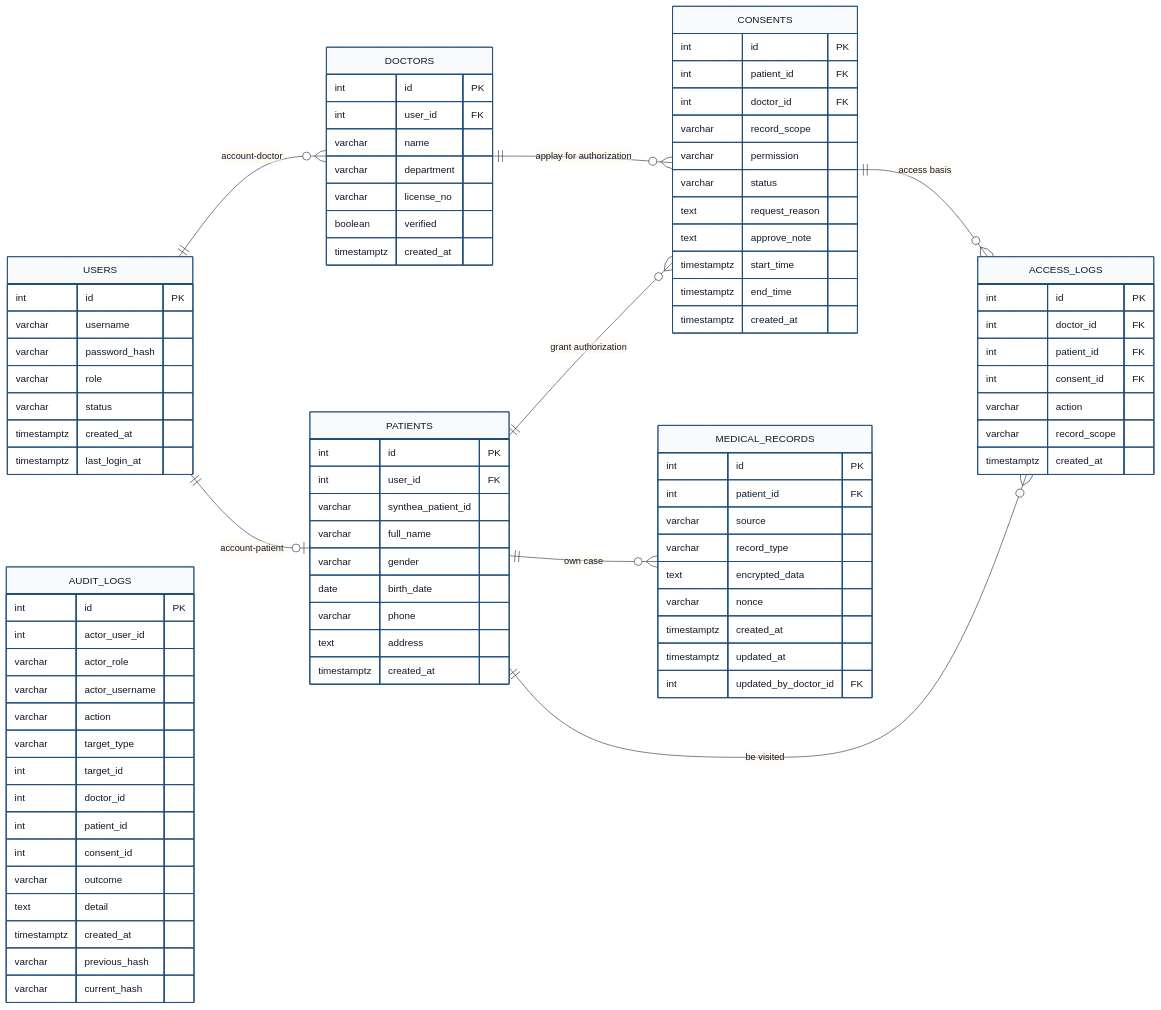
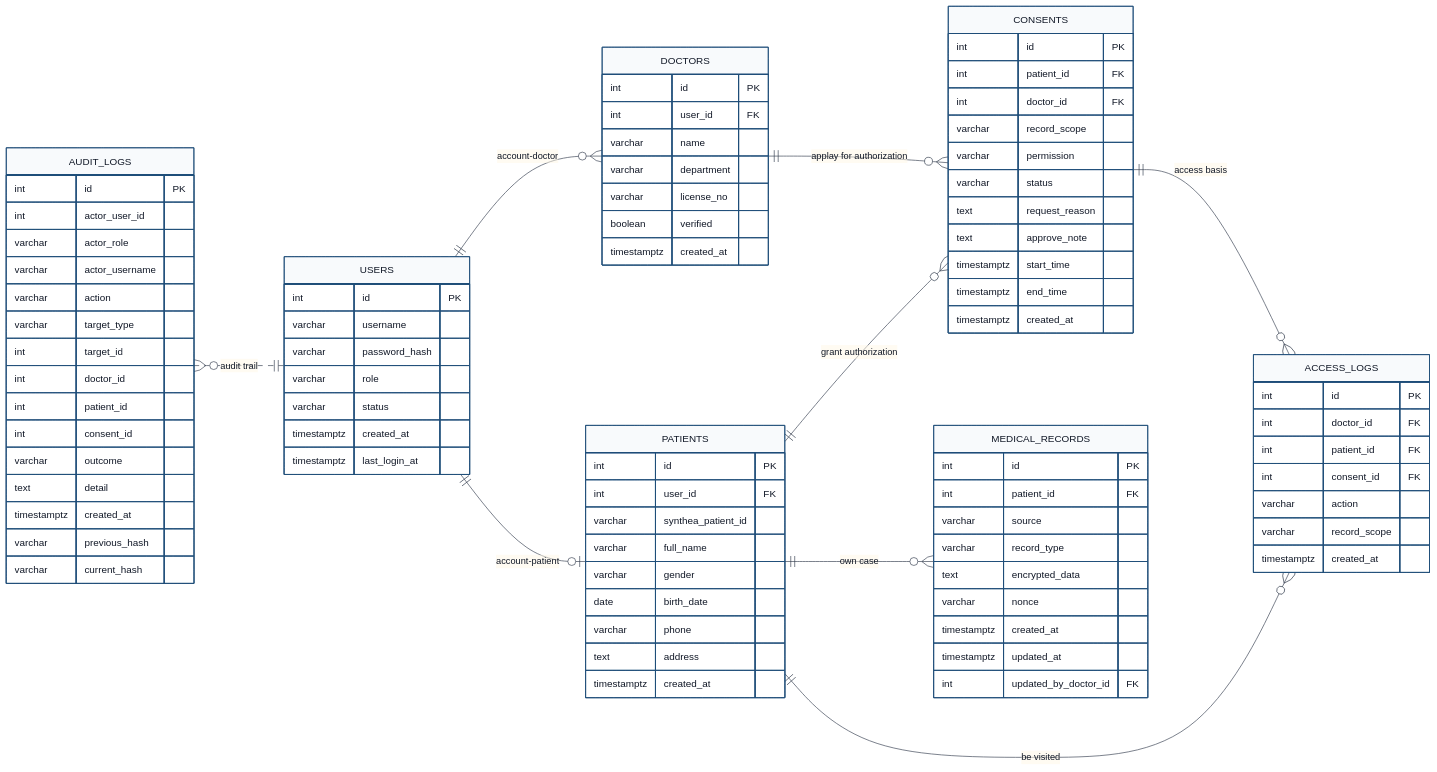
Before and after one commit to doralili/Smart-Healthcare-Record-System: the diagram in docs/er_diagram_horizontal.render.mmd, drawn with Mermaid. The commit also changed 3 other files, not shown here.

```diff
--- a/docs/er_diagram_horizontal.render.mmd
+++ b/docs/er_diagram_horizontal.render.mmd
@@ -1,111 +1,112 @@
 %%{init: {
   "theme": "base",
   "themeVariables": {
     "primaryColor": "#F8FAFC",
     "primaryTextColor": "#111827",
     "primaryBorderColor": "#1F4E79",
     "lineColor": "#374151",
     "secondaryColor": "#EAF2FF",
     "tertiaryColor": "#FFF7E6",
     "fontFamily": "Microsoft YaHei, SimSun, Arial",
     "fontSize": "15px"
   },
   "themeCSS": ".edgeLabel, .labelBkg { background-color: #FFF7E6 !important; color: #7A2E0E !important; font-weight: 700 !important; } .er.relationshipLabel { fill: #7A2E0E !important; font-weight: 700 !important; }"
 }}%%
 
 erDiagram
     direction LR
 
+    AUDIT_LOGS }o..|| USERS : "audit trail"
     USERS ||--o{ DOCTORS : "account-doctor"
     USERS ||--o| PATIENTS : "account-patient"
     DOCTORS ||--o{ CONSENTS : "applay for authorization"
     PATIENTS ||--o{ CONSENTS : "grant authorization"
     CONSENTS ||--o{ ACCESS_LOGS : "access basis"
     PATIENTS ||--o{ ACCESS_LOGS : "be visited"
     PATIENTS ||--o{ MEDICAL_RECORDS : "own case"
-
-    USERS {
-        int id PK
-        varchar username
-        varchar password_hash
-        varchar role
-        varchar status
-        timestamptz created_at
-        timestamptz last_login_at
-    }
 
     AUDIT_LOGS {
         int id PK
         int actor_user_id
         varchar actor_role
         varchar actor_username
         varchar action
         varchar target_type
         int target_id
         int doctor_id
         int patient_id
         int consent_id
         varchar outcome
         text detail
         timestamptz created_at
         varchar previous_hash
         varchar current_hash
+    }
+
+    USERS {
+        int id PK
+        varchar username
+        varchar password_hash
+        varchar role
+        varchar status
+        timestamptz created_at
+        timestamptz last_login_at
     }
 
     DOCTORS {
         int id PK
         int user_id FK
         varchar name
         varchar department
         varchar license_no
         boolean verified
         timestamptz created_at
     }
 
     CONSENTS {
         int id PK
         int patient_id FK
         int doctor_id FK
         varchar record_scope
         varchar permission
         varchar status
         text request_reason
         text approve_note
         timestamptz start_time
         timestamptz end_time
         timestamptz created_at
     }
 
     ACCESS_LOGS {
         int id PK
         int doctor_id FK
         int patient_id FK
         int consent_id FK
         varchar action
         varchar record_scope
         timestamptz created_at
     }
 
     PATIENTS {
         int id PK
         int user_id FK
         varchar synthea_patient_id
         varchar full_name
         varchar gender
         date birth_date
         varchar phone
         text address
         timestamptz created_at
     }
 
     MEDICAL_RECORDS {
         int id PK
         int patient_id FK
         varchar source
         varchar record_type
         text encrypted_data
         varchar nonce
         timestamptz created_at
         timestamptz updated_at
         int updated_by_doctor_id FK
     }
```
